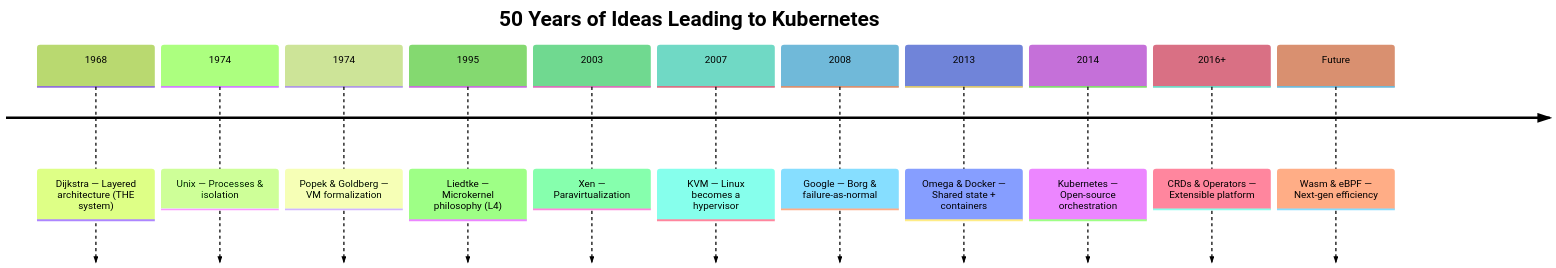
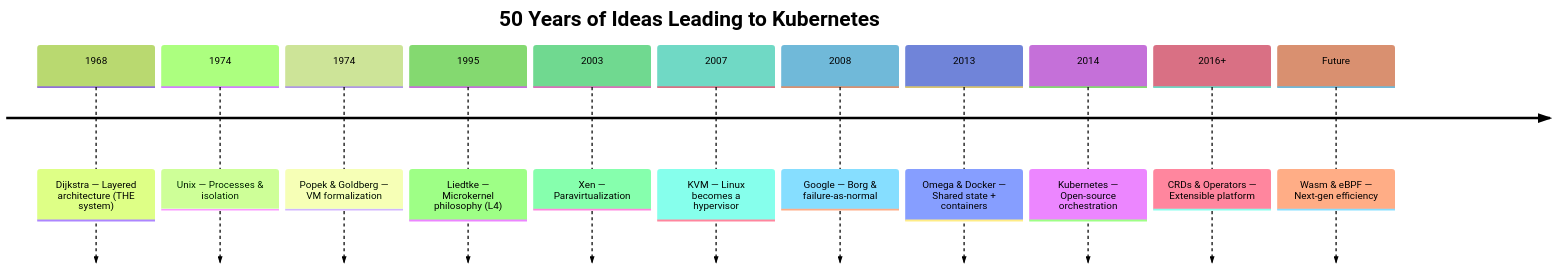
One commit to Alnour/kube_book changed the first of 2 diagrams in Conclusion_Expanded.md. Above: the diagram before and after it, drawn with Mermaid (forest theme). The commit also changed other lines of this file and 7 other files, not shown here.

First line of the commit message:
Fix Mermaid diagram sizing, layout, and label rendering

````diff
--- a/Conclusion_Expanded.md
+++ b/Conclusion_Expanded.md
@@ -23,15 +23,16 @@
 ```mermaid
+%%{init: {'timeline': {'padding': 10}}}%%
 timeline
     title 50 Years of Ideas Leading to Kubernetes
     1968 : Dijkstra — Layered architecture (THE system)
     1974 : Unix — Processes & isolation
     1974 : Popek & Goldberg — VM formalization
     1995 : Liedtke — Microkernel philosophy (L4)
     2003 : Xen — Paravirtualization
     2007 : KVM — Linux becomes a hypervisor
     2008 : Google — Borg & failure-as-normal
     2013 : Omega & Docker — Shared state + containers
     2014 : Kubernetes — Open-source orchestration
     2016+ : CRDs & Operators — Extensible platform
     Future : Wasm & eBPF — Next-gen efficiency
 ```
````
